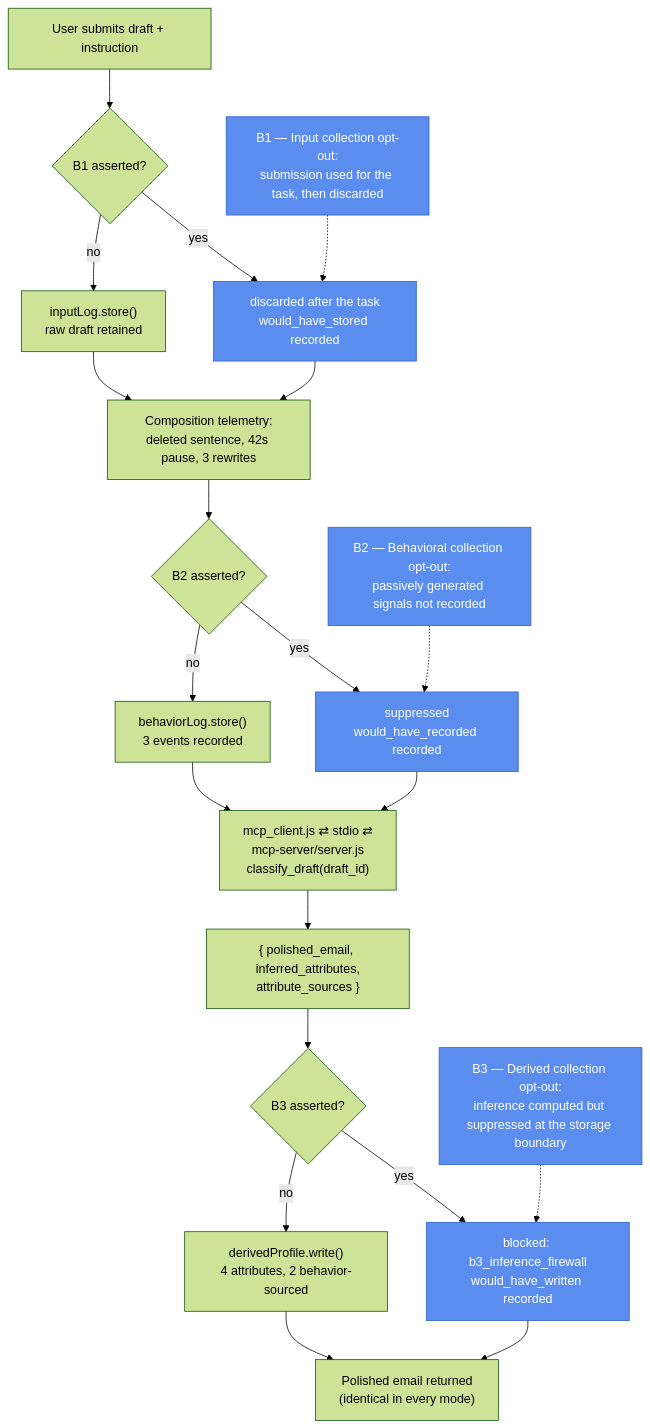
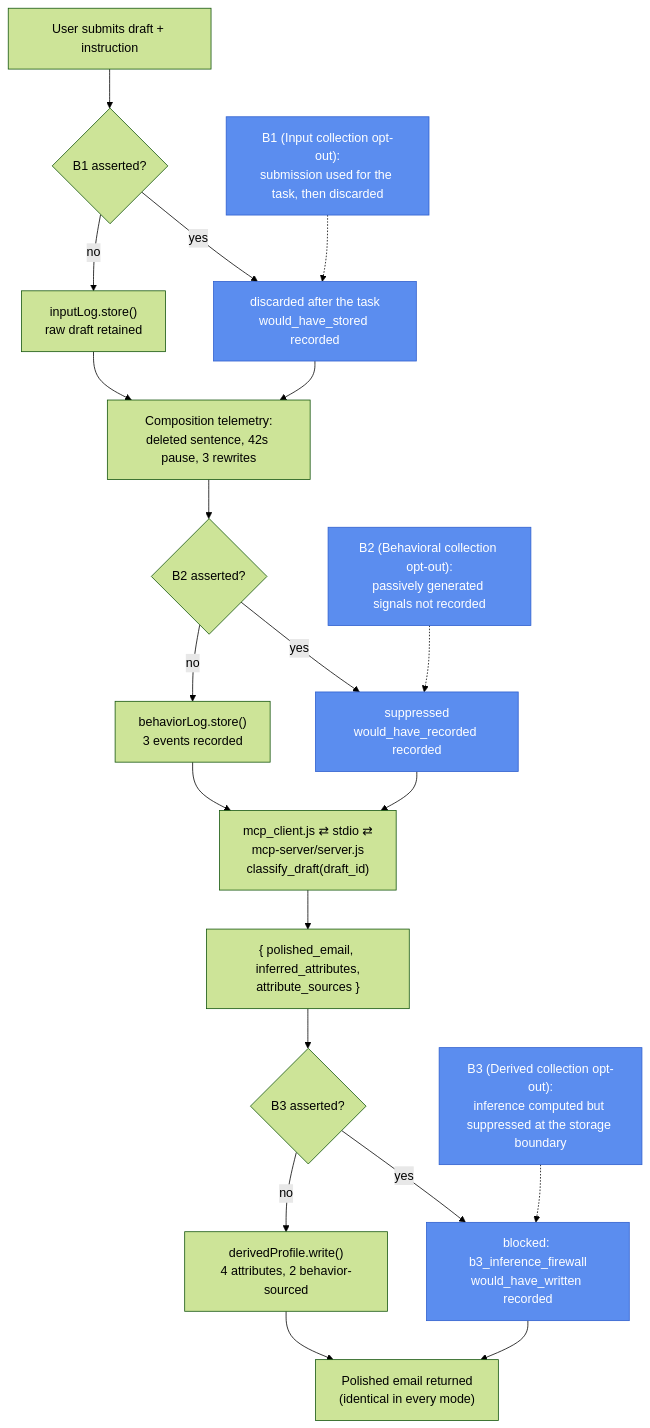
One commit to privacy-tech-lab/gpc-ai-agents-prototypes changed the diagram in prototype-6/README.md. Above: the diagram before and after it, drawn with Mermaid (forest theme). The commit also changed 6 other files, not shown here.

````diff
--- a/prototype-6/README.md
+++ b/prototype-6/README.md
@@ -36,25 +36,25 @@
 ```mermaid
 flowchart TD
     S["User submits draft + instruction"] --> B1{"B1 asserted?"}
     B1 -- "no" --> L1["inputLog.store()\nraw draft retained"]
     B1 -- "yes" --> D1["discarded after the task\nwould_have_stored recorded"]
     L1 --> T["Composition telemetry:\ndeleted sentence, 42s pause, 3 rewrites"]
     D1 --> T
     T --> B2{"B2 asserted?"}
     B2 -- "no" --> L2["behaviorLog.store()\n3 events recorded"]
     B2 -- "yes" --> D2["suppressed\nwould_have_recorded recorded"]
     L2 --> MC["mcp_client.js ⇄ stdio ⇄\nmcp-server/server.js\nclassify_draft(draft_id)"]
     D2 --> MC
     MC --> CL["{ polished_email, inferred_attributes,\nattribute_sources }"]
     CL --> B3{"B3 asserted?"}
     B3 -- "no" --> W["derivedProfile.write()\n4 attributes, 2 behavior-sourced"]
     B3 -- "yes" --> FW["blocked: b3_inference_firewall\nwould_have_written recorded"]
     W --> ANS["Polished email returned\n(identical in every mode)"]
     FW --> ANS
 
     classDef category fill:#5b8def,stroke:#2f5fce,color:#fff
     class D1,D2,FW category
-    B1c["B1 — Input collection opt-out:\nsubmission used for the task, then discarded"]:::category -.-> D1
-    B2c["B2 — Behavioral collection opt-out:\npassively generated signals not recorded"]:::category -.-> D2
-    B3c["B3 — Derived collection opt-out:\ninference computed but suppressed at the storage boundary"]:::category -.-> FW
+    B1c["B1 (Input collection opt-out):\nsubmission used for the task, then discarded"]:::category -.-> D1
+    B2c["B2 (Behavioral collection opt-out):\npassively generated signals not recorded"]:::category -.-> D2
+    B3c["B3 (Derived collection opt-out):\ninference computed but suppressed at the storage boundary"]:::category -.-> FW
 ```
````
